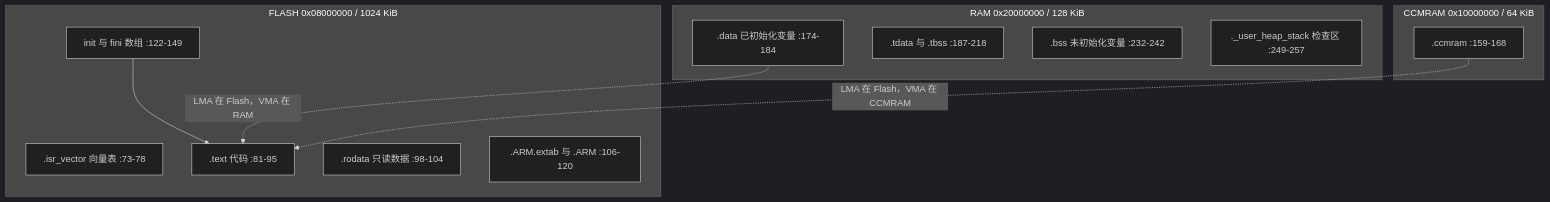
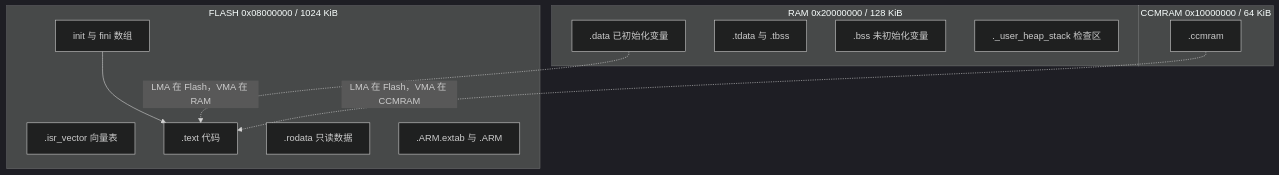
The first of 2 diagrams in docs/10-嵌入式构建与调试/01-CMake与双交叉工具链/03-链接脚本与内存布局.md (TC635807/TC63PersonalWebsite), drawn with Mermaid (dark theme) before and after one commit. The commit also changed other lines of this file and 563 other files, not shown here.

````diff
--- a/docs/10-嵌入式构建与调试/01-CMake与双交叉工具链/03-链接脚本与内存布局.md
+++ b/docs/10-嵌入式构建与调试/01-CMake与双交叉工具链/03-链接脚本与内存布局.md
@@ -49,22 +49,22 @@
 ```mermaid
 flowchart TD
   subgraph FLASH["FLASH 0x08000000 / 1024 KiB"]
-    V[".isr_vector 向量表 :73-78"]
-    T[".text 代码 :81-95"]
-    R[".rodata 只读数据 :98-104"]
-    X[".ARM.extab 与 .ARM :106-120"]
-    I["init 与 fini 数组 :122-149"]
+    V[".isr_vector 向量表 "]
+    T[".text 代码 "]
+    R[".rodata 只读数据 "]
+    X[".ARM.extab 与 .ARM "]
+    I["init 与 fini 数组 "]
   end
   subgraph RAM["RAM 0x20000000 / 128 KiB"]
-    D[".data 已初始化变量 :174-184"]
-    TB[".tdata 与 .tbss :187-218"]
-    B[".bss 未初始化变量 :232-242"]
-    HS["._user_heap_stack 检查区 :249-257"]
+    D[".data 已初始化变量 "]
+    TB[".tdata 与 .tbss "]
+    B[".bss 未初始化变量 "]
+    HS["._user_heap_stack 检查区 "]
   end
   subgraph CCM["CCMRAM 0x10000000 / 64 KiB"]
-    C[".ccmram :159-168"]
+    C[".ccmram "]
   end
   I --> T
   D -. "LMA 在 Flash，VMA 在 RAM" .-> T
   C -. "LMA 在 Flash，VMA 在 CCMRAM" .-> T
 ```
````
